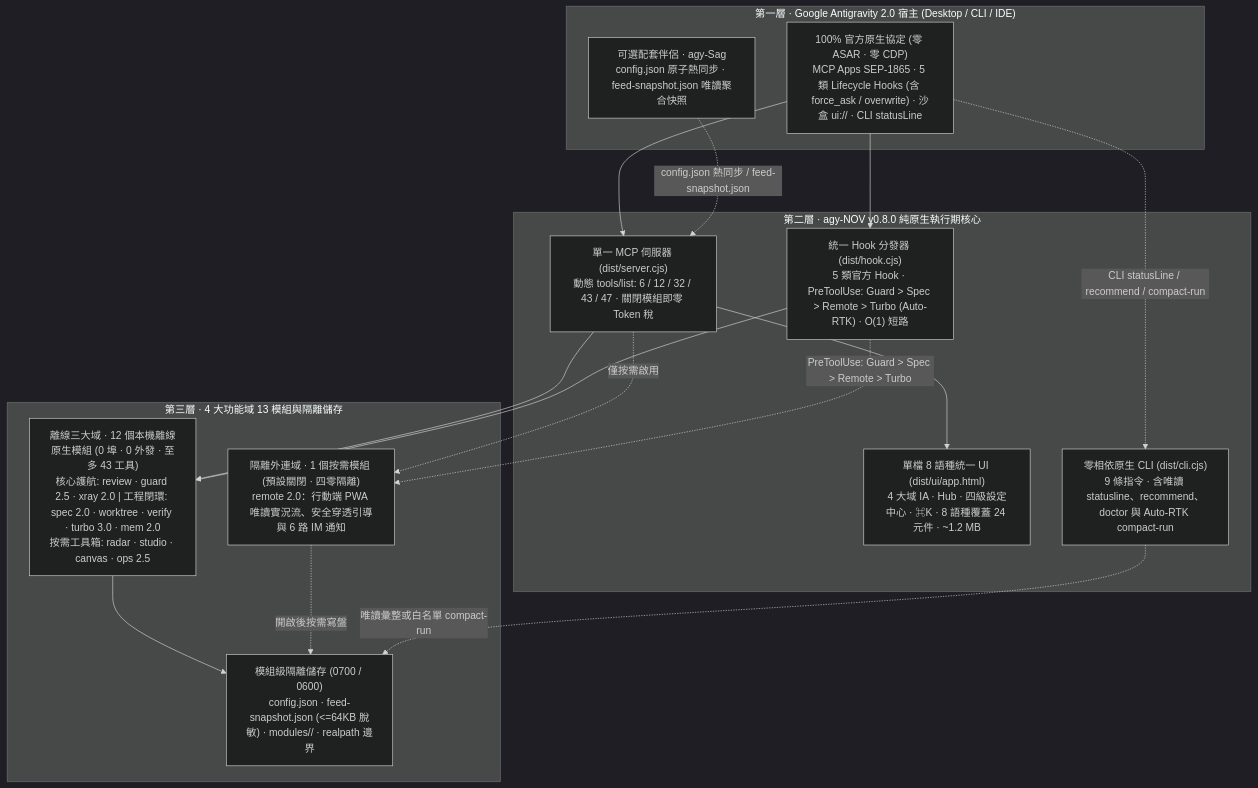
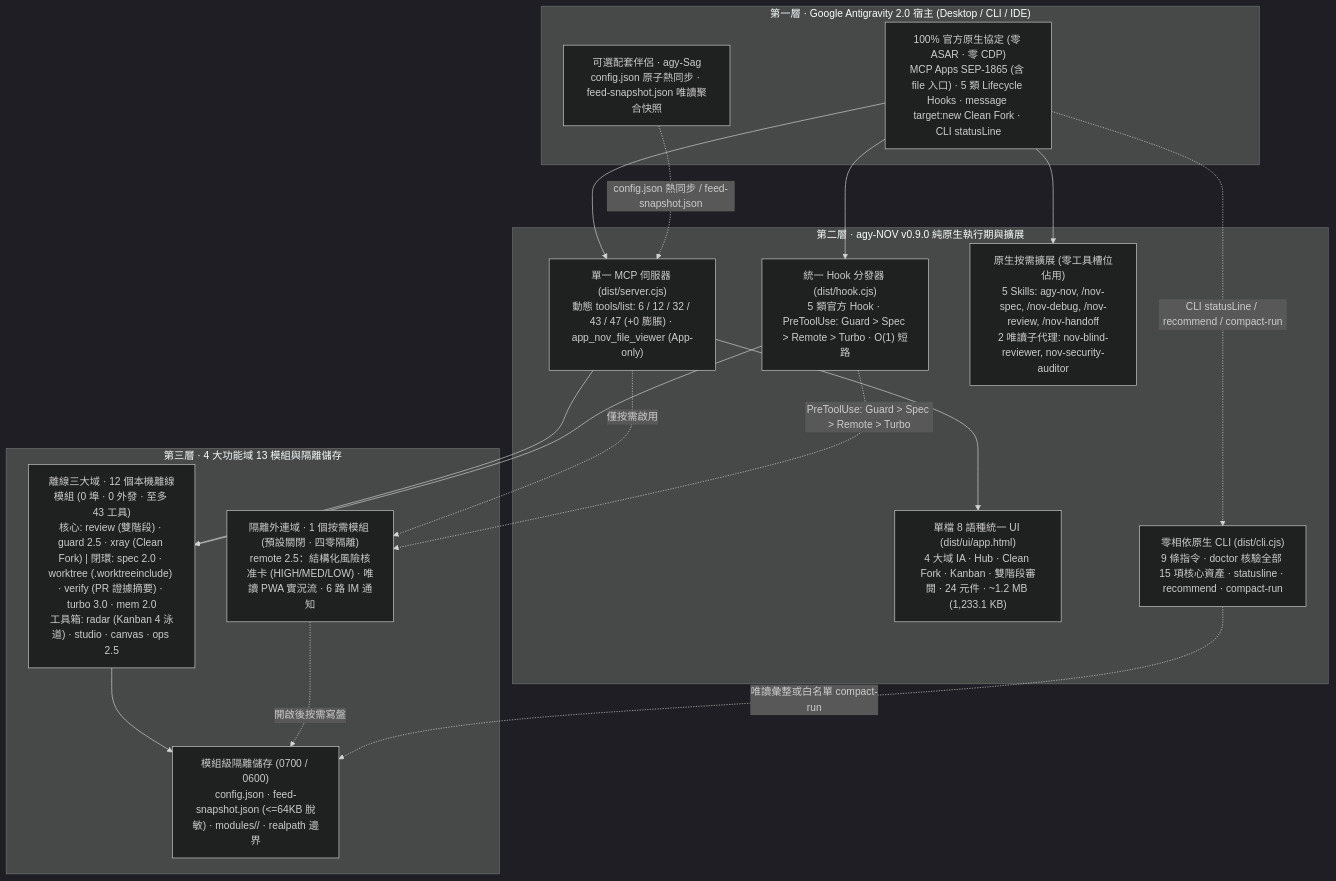
One commit to tone-leh/agy-NOV changed the diagram in docs/i18n/README.zh-TW.md. Above: the diagram before and after it, drawn with Mermaid (dark theme). The commit also changed other lines of this file and 72 other files, not shown here.

Commit message:
release: v0.9.0 — E2E pipeline chain, One-Click Clean Fork, 4 slash playbooks, 2 read-only subagents, native file viewer & Remote 2.5 risk cards

````diff
--- a/docs/i18n/README.zh-TW.md
+++ b/docs/i18n/README.zh-TW.md
@@ -215,33 +231,35 @@
 ```mermaid
 flowchart TB
   subgraph L1["第一層 · Google Antigravity 2.0 宿主 (Desktop / CLI / IDE)"]
-    Host["100% 官方原生協定 (零 ASAR · 零 CDP)\nMCP Apps SEP-1865 · 5 類 Lifecycle Hooks (含 force_ask / overwrite) · 沙盒 ui:// · CLI statusLine"]
+    Host["100% 官方原生協定 (零 ASAR · 零 CDP)\nMCP Apps SEP-1865 (含 file 入口) · 5 類 Lifecycle Hooks · message target:new Clean Fork · CLI statusLine"]
     Sag["可選配套伴侶 · agy-Sag\nconfig.json 原子熱同步 · feed-snapshot.json 唯讀聚合快照"]
   end
 
-  subgraph L2["第二層 · agy-NOV v0.8.0 純原生執行期核心"]
-    MCP["單一 MCP 伺服器 (dist/server.cjs)\n動態 tools/list: 6 / 12 / 32 / 43 / 47 · 關閉模組即零 Token 稅"]
-    Hook["統一 Hook 分發器 (dist/hook.cjs)\n5 類官方 Hook · PreToolUse: Guard > Spec > Remote > Turbo (Auto-RTK) · O(1) 短路"]
-    UI["單檔 8 語種統一 UI (dist/ui/app.html)\n4 大域 IA · Hub · 四級設定中心 · ⌘K · 8 語種覆蓋 24 元件 · ~1.2 MB"]
-    CLI["零相依原生 CLI (dist/cli.cjs)\n9 條指令 · 含唯讀 statusline、recommend、doctor 與 Auto-RTK compact-run"]
+  subgraph L2["第二層 · agy-NOV v0.9.0 純原生執行期與擴展"]
+    MCP["單一 MCP 伺服器 (dist/server.cjs)\n動態 tools/list: 6 / 12 / 32 / 43 / 47 (+0 膨脹) · app_nov_file_viewer (App-only)"]
+    Hook["統一 Hook 分發器 (dist/hook.cjs)\n5 類官方 Hook · PreToolUse: Guard > Spec > Remote > Turbo · O(1) 短路"]
+    UI["單檔 8 語種統一 UI (dist/ui/app.html)\n4 大域 IA · Hub · Clean Fork · Kanban · 雙階段審閱 · 24 元件 · ~1.2 MB (1,233.1 KB)"]
+    Ext["原生按需擴展 (零工具槽位佔用)\n5 Skills: agy-nov, /nov-spec, /nov-debug, /nov-review, /nov-handoff\n2 唯讀子代理: nov-blind-reviewer, nov-security-auditor"]
+    CLI["零相依原生 CLI (dist/cli.cjs)\n9 條指令 · doctor 核驗全部 15 項核心資產 · statusline · recommend · compact-run"]
   end
 
   subgraph L3["第三層 · 4 大功能域 13 模組與隔離儲存"]
-    T1["離線三大域 · 12 個本機離線原生模組 (0 埠 · 0 外發 · 至多 43 工具)\n核心護航: review · guard 2.5 · xray 2.0 | 工程閉環: spec 2.0 · worktree · verify · turbo 3.0 · mem 2.0\n按需工具箱: radar · studio · canvas · ops 2.5"]
-    T2R["隔離外連域 · 1 個按需模組 (預設關閉 · 四零隔離)\nremote 2.0：行動端 PWA 唯讀實況流、安全穿透引導與 6 路 IM 通知"]
+    T1["離線三大域 · 12 個本機離線模組 (0 埠 · 0 外發 · 至多 43 工具)\n核心: review (雙階段) · guard 2.5 · xray (Clean Fork) | 閉環: spec 2.0 · worktree (.worktreeinclude) · verify (PR 證據摘要) · turbo 3.0 · mem 2.0\n工具箱: radar (Kanban 4 泳道) · studio · canvas · ops 2.5"]
+    T2R["隔離外連域 · 1 個按需模組 (預設關閉 · 四零隔離)\nremote 2.5：結構化風險核准卡 (HIGH/MED/LOW) · 唯讀 PWA 實況流 · 6 路 IM 通知"]
     Store["模組級隔離儲存 (0700 / 0600)\nconfig.json · feed-snapshot.json (<=64KB 脫敏) · modules/<id>/ · realpath 邊界"]
   end
 
   Host --> MCP
   Host --> Hook
+  Host --> Ext
   Host -. "CLI statusLine / recommend / compact-run" .-> CLI
   Sag -. "config.json 熱同步 / feed-snapshot.json" .-> MCP
   MCP --> UI
   MCP --> T1
   MCP -. "僅按需啟用" .-> T2R
   Hook --> T1
   Hook -. "PreToolUse: Guard > Spec > Remote > Turbo" .-> T2R
   T1 --> Store
   T2R -. "開啟後按需寫盤" .-> Store
   CLI -. "唯讀彙整或白名單 compact-run" .-> Store
 ```
````
